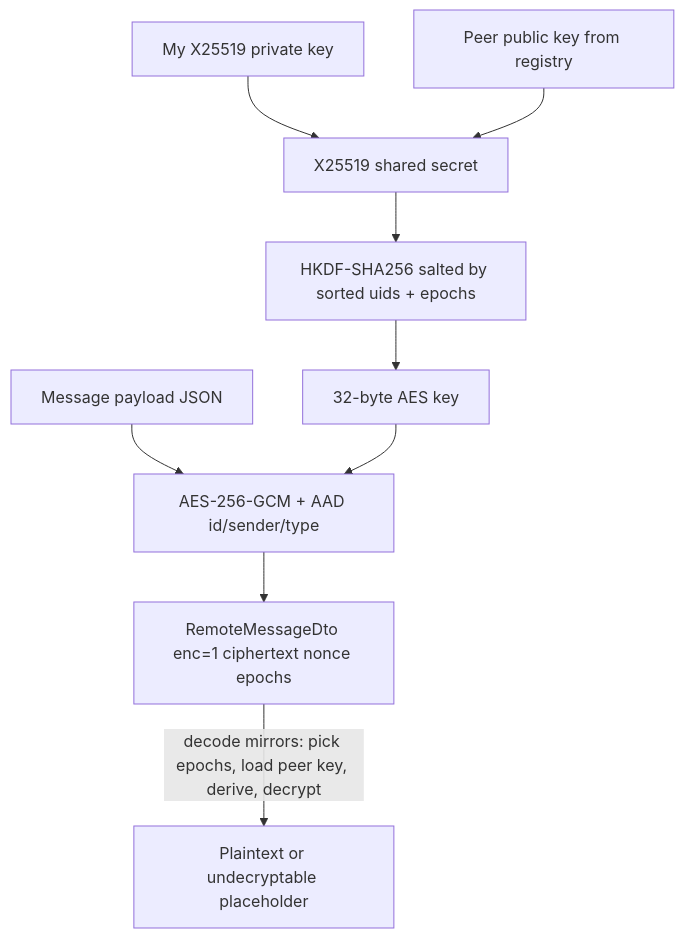
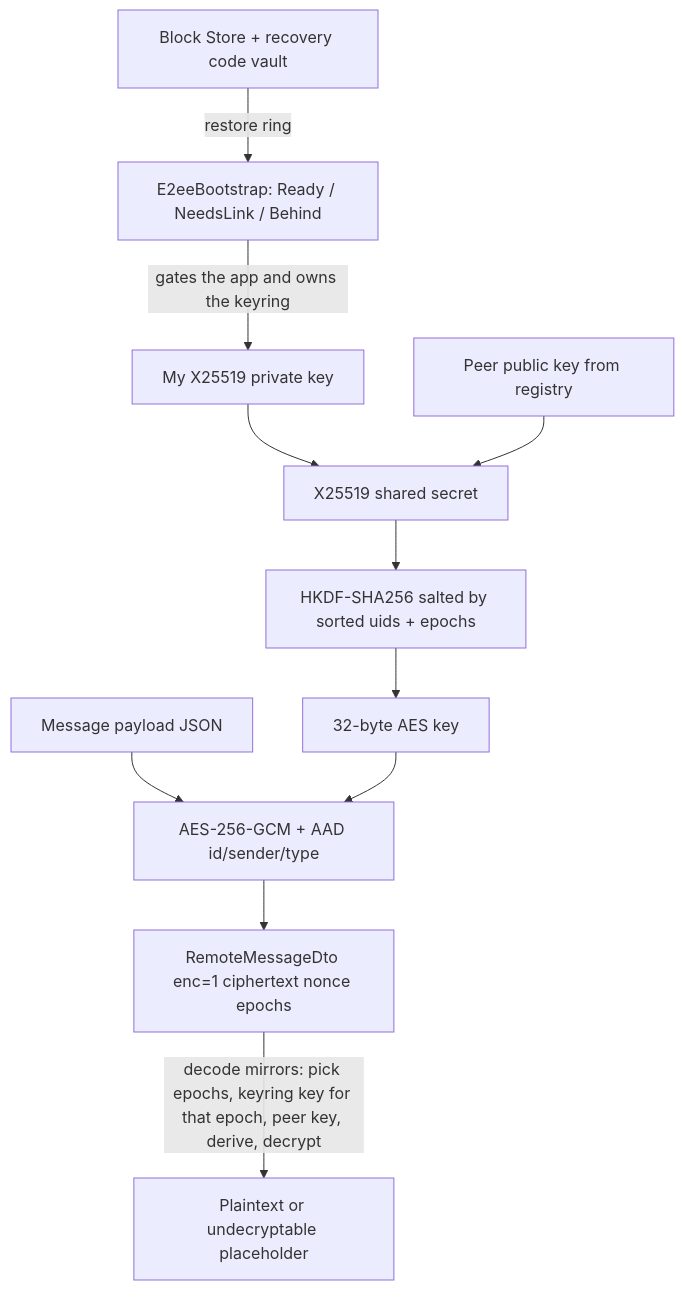
One commit to DerekBurned/messenger-docs changed the diagram in 02 - Features/End-to-End Encryption.md. Above: the diagram before and after it, drawn with Mermaid. The commit also changed other lines of this file and 88 other files, not shown here.

````diff
--- a/02 - Features/End-to-End Encryption.md
+++ b/02 - Features/End-to-End Encryption.md
@@ -156,11 +255,13 @@
 ```mermaid
 flowchart TD
     MYPRIV[My X25519 private key] --> ECDH[X25519 shared secret]
     PEERPUB[Peer public key from registry] --> ECDH
     ECDH --> HKDF[HKDF-SHA256 salted by sorted uids + epochs]
     HKDF --> KEY[32-byte AES key]
     PLAIN[Message payload JSON] --> ENC[AES-256-GCM + AAD id/sender/type]
     KEY --> ENC
     ENC --> DTO[RemoteMessageDto enc=1 ciphertext nonce epochs]
-    DTO -->|decode mirrors: pick epochs, load peer key, derive, decrypt| OUT[Plaintext or undecryptable placeholder]
+    DTO -->|decode mirrors: pick epochs, keyring key for that epoch, peer key, derive, decrypt| OUT[Plaintext or undecryptable placeholder]
+    BOOT[E2eeBootstrap: Ready / NeedsLink / Behind] -->|gates the app and owns the keyring| MYPRIV
+    REC[Block Store + recovery code vault] -->|restore ring| BOOT
 ```
````
